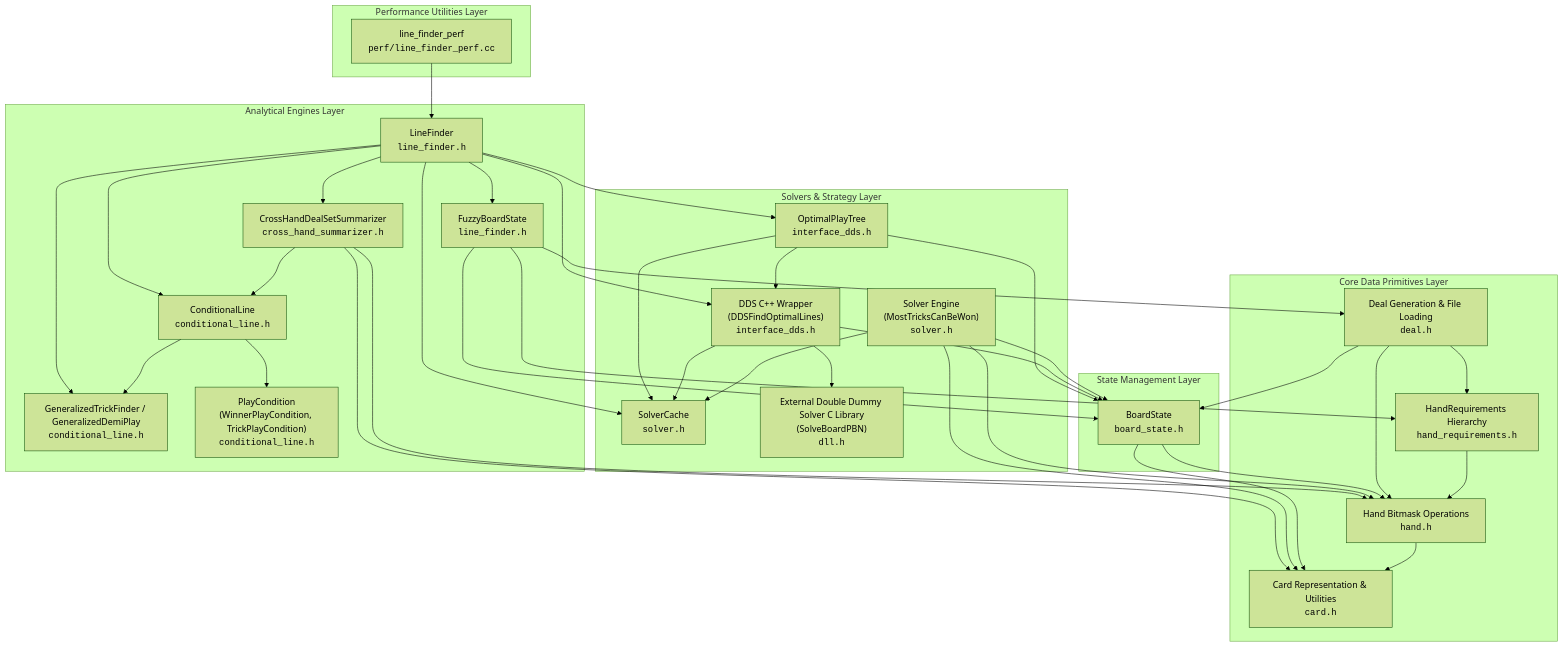
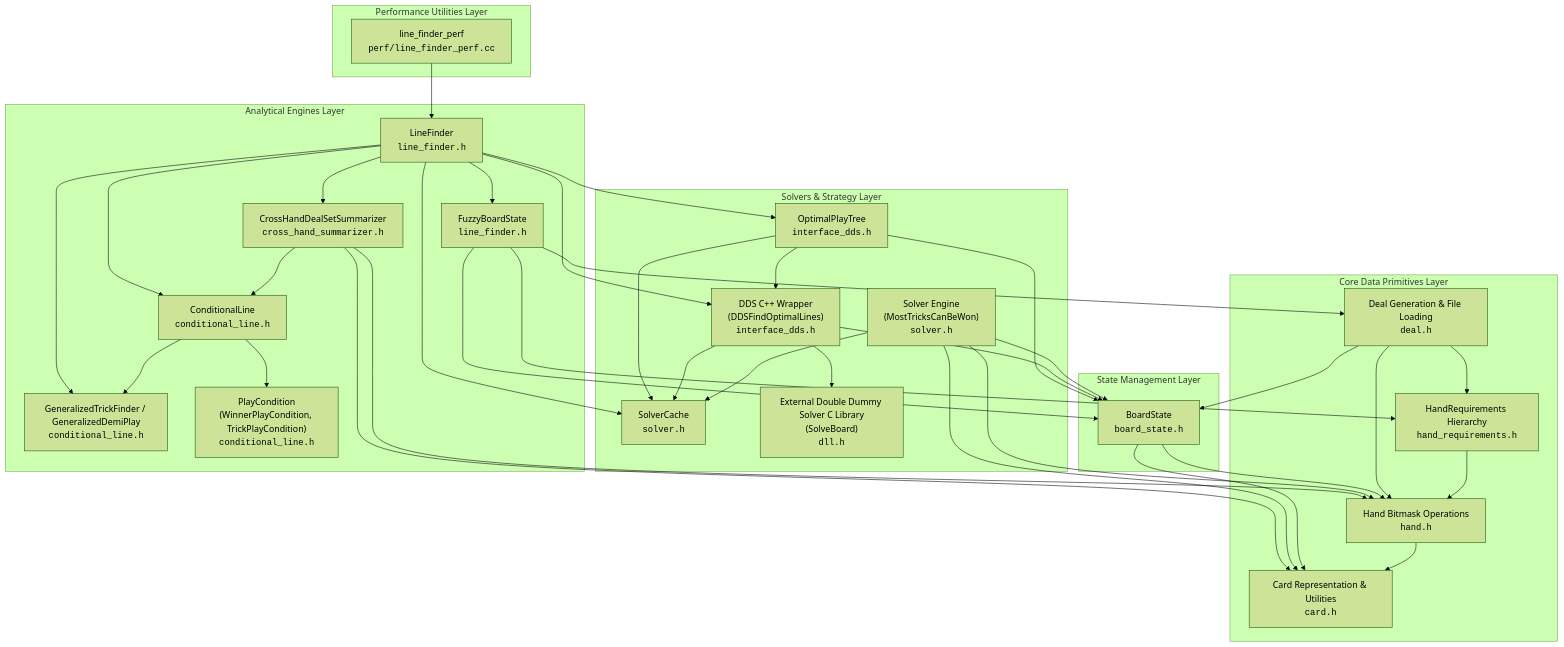
Before and after one commit to mflaster/bridge-high-line: the first of 2 diagrams in docs/architecture.md, drawn with Mermaid (forest theme). The commit also changed other lines of this file and 7 other files, not shown here.

````diff
--- a/docs/architecture.md
+++ b/docs/architecture.md
@@ -11,79 +11,79 @@
 ```mermaid
 flowchart TB
     subgraph AnalyticalEngines["Analytical Engines Layer"]
         LF["LineFinder<br/><code>line_finder.h</code>"]
         FBS["FuzzyBoardState<br/><code>line_finder.h</code>"]
         CL["ConditionalLine<br/><code>conditional_line.h</code>"]
         GTF["GeneralizedTrickFinder / GeneralizedDemiPlay<br/><code>conditional_line.h</code>"]
         PC["PlayCondition<br/>(WinnerPlayCondition, TrickPlayCondition)<br/><code>conditional_line.h</code>"]
         CHDS["CrossHandDealSetSummarizer<br/><code>cross_hand_summarizer.h</code>"]
     end
 
     subgraph PerfUtils["Performance Utilities Layer"]
         LFP["line_finder_perf<br/><code>perf/line_finder_perf.cc</code>"]
     end
 
     subgraph SolversLayer["Solvers & Strategy Layer"]
         OPT["OptimalPlayTree<br/><code>interface_dds.h</code>"]
         IDDS["DDS C++ Wrapper<br/>(DDSFindOptimalLines)<br/><code>interface_dds.h</code>"]
         MTCW["Solver Engine<br/>(MostTricksCanBeWon)<br/><code>solver.h</code>"]
         SC["SolverCache<br/><code>solver.h</code>"]
-        EXTDDS["External Double Dummy Solver C Library<br/>(SolveBoardPBN)<br/><code>dll.h</code>"]
+        EXTDDS["External Double Dummy Solver C Library<br/>(SolveBoard)<br/><code>dll.h</code>"]
     end
 
     subgraph StateManagement["State Management Layer"]
         BS["BoardState<br/><code>board_state.h</code>"]
     end
 
     subgraph CorePrimitives["Core Data Primitives Layer"]
         CARD["Card Representation & Utilities<br/><code>card.h</code>"]
         HAND["Hand Bitmask Operations<br/><code>hand.h</code>"]
         HR["HandRequirements Hierarchy<br/><code>hand_requirements.h</code>"]
         DEAL["Deal Generation & File Loading<br/><code>deal.h</code>"]
     end
 
     %% Dependencies & Interaction Paths
     LFP --> LF
 
     LF --> FBS
     LF --> OPT
     LF --> IDDS
     LF --> SC
     LF --> GTF
     LF --> CL
     LF --> CHDS
 
     CHDS --> CL
     CHDS --> HAND
     CHDS --> CARD
 
     FBS --> HR
     FBS --> DEAL
     FBS --> BS
 
     CL --> PC
     CL --> GTF
 
     OPT --> BS
     OPT --> SC
     OPT --> IDDS
 
     IDDS --> BS
     IDDS --> SC
     IDDS --> EXTDDS
 
     MTCW --> BS
     MTCW --> SC
     MTCW --> CARD
     MTCW --> HAND
 
     BS --> CARD
     BS --> HAND
 
     DEAL --> BS
     DEAL --> HAND
     DEAL --> HR
 
     HR --> HAND
     HAND --> CARD
 ```
````
